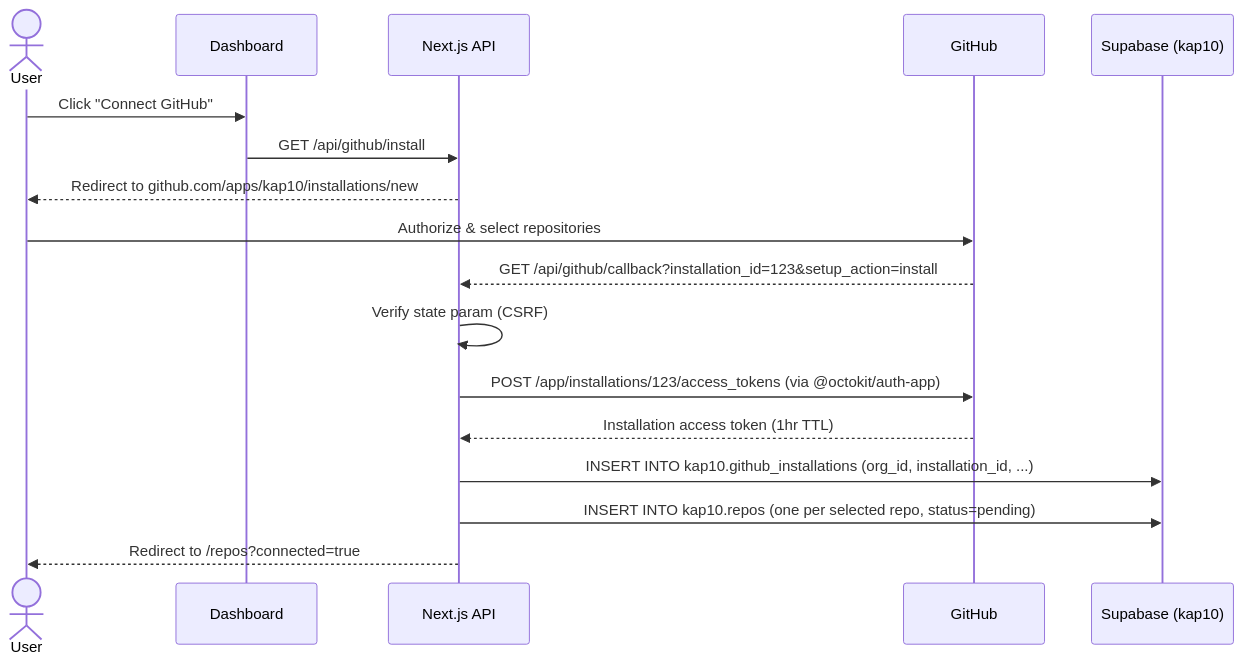
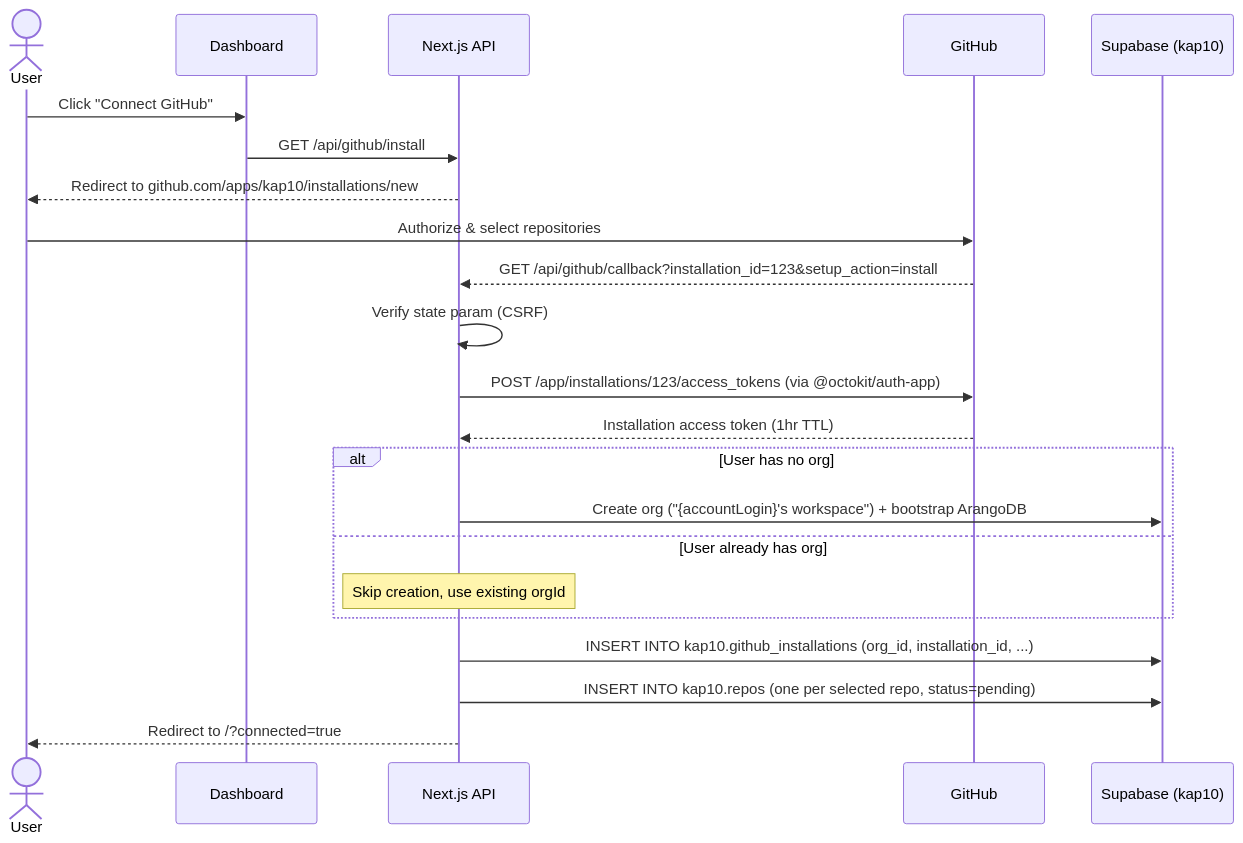
The first of 5 diagrams in docs/architecture/PHASE_1_GITHUB_CONNECT_AND_INDEXING.md (AutoRail-AI/kap10-server), drawn with Mermaid before and after one commit. The commit also changed other lines of this file and 62 other files, not shown here.

````diff
--- a/docs/architecture/PHASE_1_GITHUB_CONNECT_AND_INDEXING.md
+++ b/docs/architecture/PHASE_1_GITHUB_CONNECT_AND_INDEXING.md
@@ -43,20 +54,25 @@
 ```mermaid
 sequenceDiagram
     actor User
     participant Dashboard
     participant NextAPI as Next.js API
     participant GitHub
     participant Supabase as Supabase (kap10)
 
     User->>Dashboard: Click "Connect GitHub"
     Dashboard->>NextAPI: GET /api/github/install
     NextAPI-->>User: Redirect to github.com/apps/kap10/installations/new
     User->>GitHub: Authorize & select repositories
     GitHub-->>NextAPI: GET /api/github/callback?installation_id=123&setup_action=install
     NextAPI->>NextAPI: Verify state param (CSRF)
     NextAPI->>GitHub: POST /app/installations/123/access_tokens (via @octokit/auth-app)
     GitHub-->>NextAPI: Installation access token (1hr TTL)
+    alt User has no org
+        NextAPI->>Supabase: Create org ("{accountLogin}'s workspace") + bootstrap ArangoDB
+    else User already has org
+        Note over NextAPI: Skip creation, use existing orgId
+    end
     NextAPI->>Supabase: INSERT INTO kap10.github_installations (org_id, installation_id, ...)
     NextAPI->>Supabase: INSERT INTO kap10.repos (one per selected repo, status=pending)
-    NextAPI-->>User: Redirect to /repos?connected=true
+    NextAPI-->>User: Redirect to /?connected=true
 ```
````
